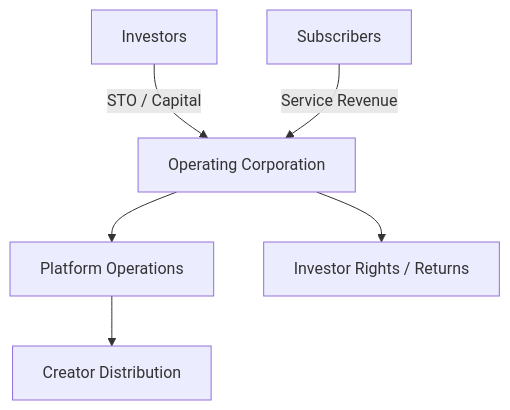
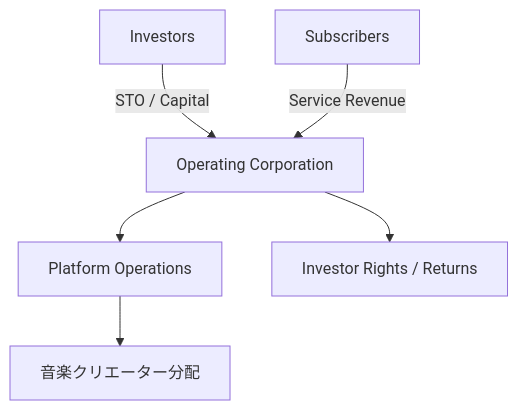
One commit to ShigeichiroYamasaki/creator-first-platform changed diagram 18 of 27 in docs/whitepaper/06-economics-mathjax.md. Above: the diagram before and after it, drawn with Mermaid. The commit also changed other lines of this file and 67 other files, not shown here.

````diff
--- a/docs/whitepaper/06-economics-mathjax.md
+++ b/docs/whitepaper/06-economics-mathjax.md
@@ -830,12 +830,12 @@
 ```mermaid
 flowchart TD
     COMPANY[Operating Corporation]
 
     INVESTOR[Investors] -->|STO / Capital| COMPANY
     USERS[Subscribers] -->|Service Revenue| COMPANY
 
     COMPANY --> SERVICE[Platform Operations]
-    SERVICE --> CREATOR[Creator Distribution]
+    SERVICE --> CREATOR[音楽クリエーター分配]
 
     COMPANY --> INVESTORRETURN[Investor Rights / Returns]
 ```
````
